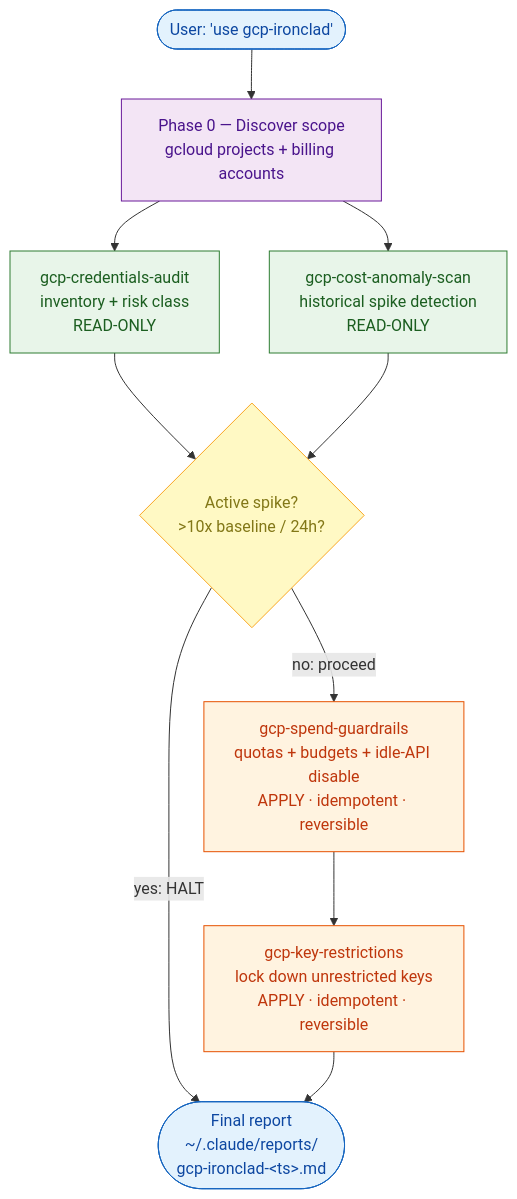
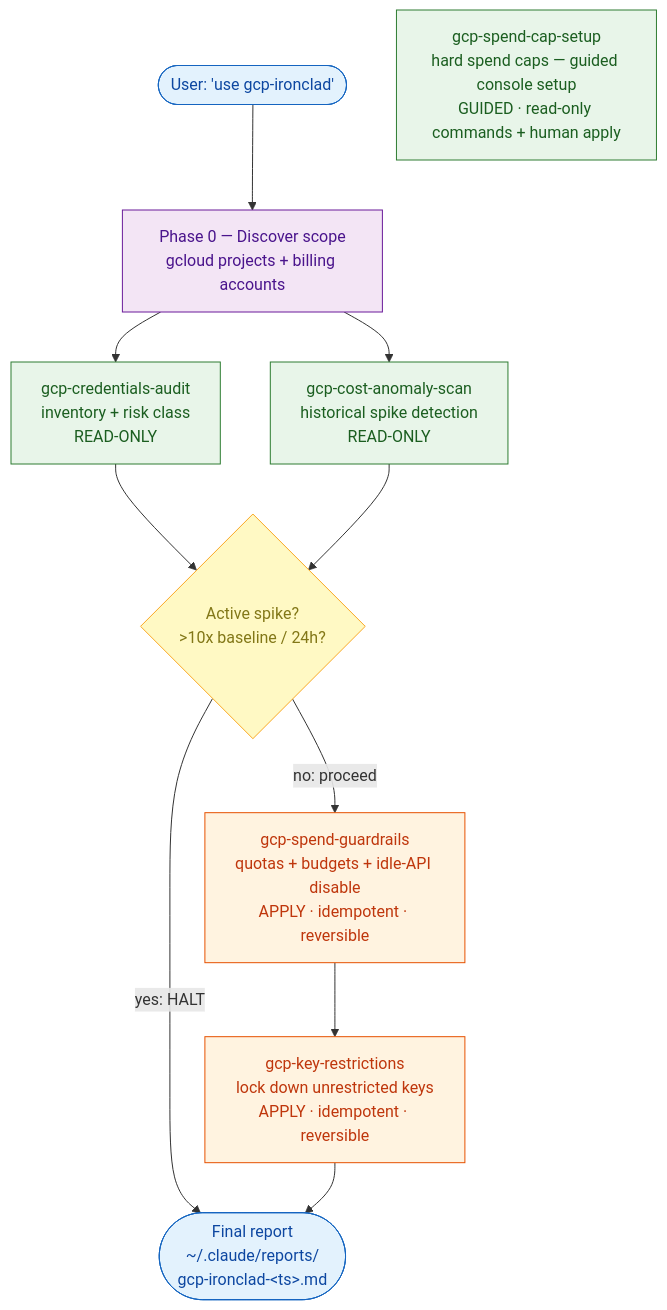
The diagram in README.md (shivamsriva31093/gcp-ironclad), drawn with Mermaid before and after one commit. The commit also changed other lines of this file and 3 other files, not shown here.

First line of the commit message:
docs: seventh skill — gcp-spend-cap-setup across README, design, skills index, changelog

````diff
--- a/README.md
+++ b/README.md
@@ -49,31 +50,32 @@
 ```mermaid
 flowchart TD
     Start([User: 'use gcp-ironclad']):::terminal
     Phase0[Phase 0 — Discover scope<br/>gcloud projects + billing accounts]:::setup
 
     Audit[gcp-credentials-audit<br/>inventory + risk class<br/>READ-ONLY]:::readonly
     AnomalyScan[gcp-cost-anomaly-scan<br/>historical spike detection<br/>READ-ONLY]:::readonly
 
     Gate{Active spike?<br/>&gt;10x baseline / 24h?}:::gate
 
     Guardrails[gcp-spend-guardrails<br/>quotas + budgets + idle-API disable<br/>APPLY · idempotent · reversible]:::apply
     Restrict[gcp-key-restrictions<br/>lock down unrestricted keys<br/>APPLY · idempotent · reversible]:::apply
+    SpendCap[gcp-spend-cap-setup<br/>hard spend caps — guided console setup<br/>GUIDED · read-only commands + human apply]:::readonly
 
     Report([Final report<br/>~/.claude/reports/<br/>gcp-ironclad-&lt;ts&gt;.md]):::terminal
 
     Start --> Phase0
     Phase0 --> Audit
     Phase0 --> AnomalyScan
     Audit --> Gate
     AnomalyScan --> Gate
     Gate -->|yes: HALT| Report
     Gate -->|no: proceed| Guardrails
     Guardrails --> Restrict
     Restrict --> Report
 
     classDef readonly fill:#e8f5e9,stroke:#2e7d32,color:#1b5e20
     classDef apply fill:#fff3e0,stroke:#e65100,color:#bf360c
     classDef gate fill:#fff9c4,stroke:#f9a825,color:#827717
     classDef terminal fill:#e3f2fd,stroke:#1565c0,color:#0d47a1
     classDef setup fill:#f3e5f5,stroke:#6a1b9a,color:#4a148c
 ```
````
